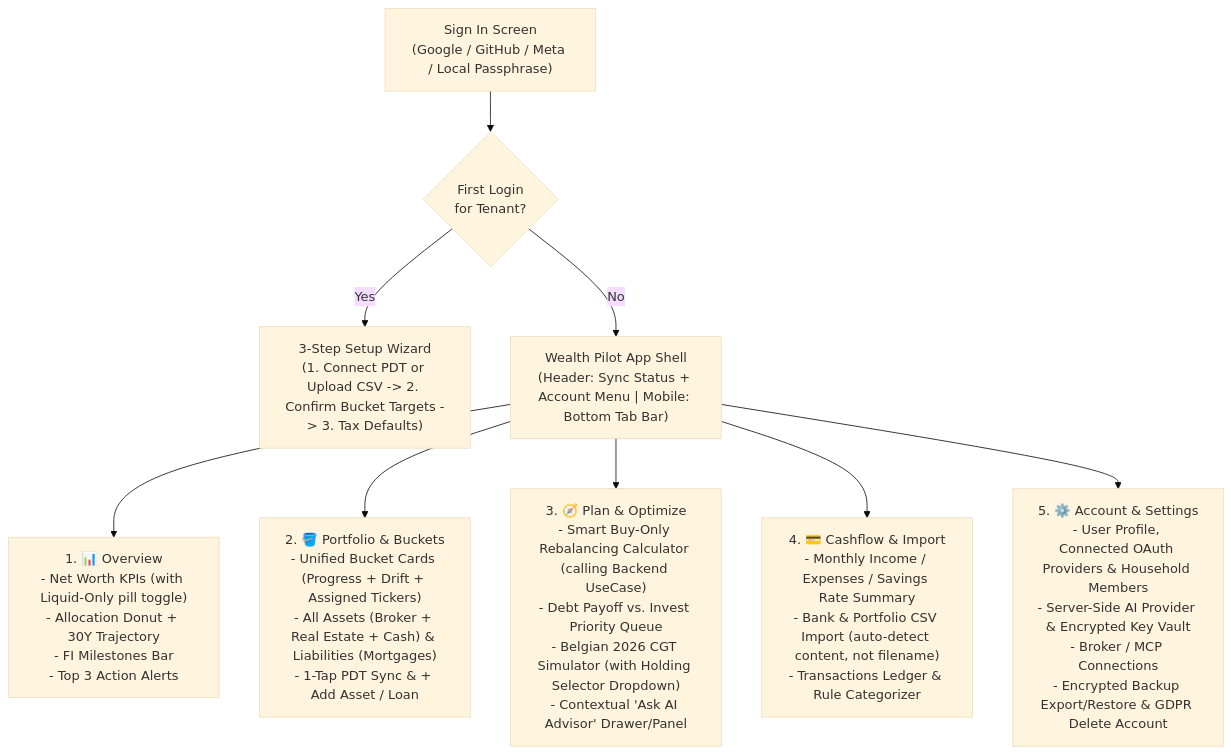
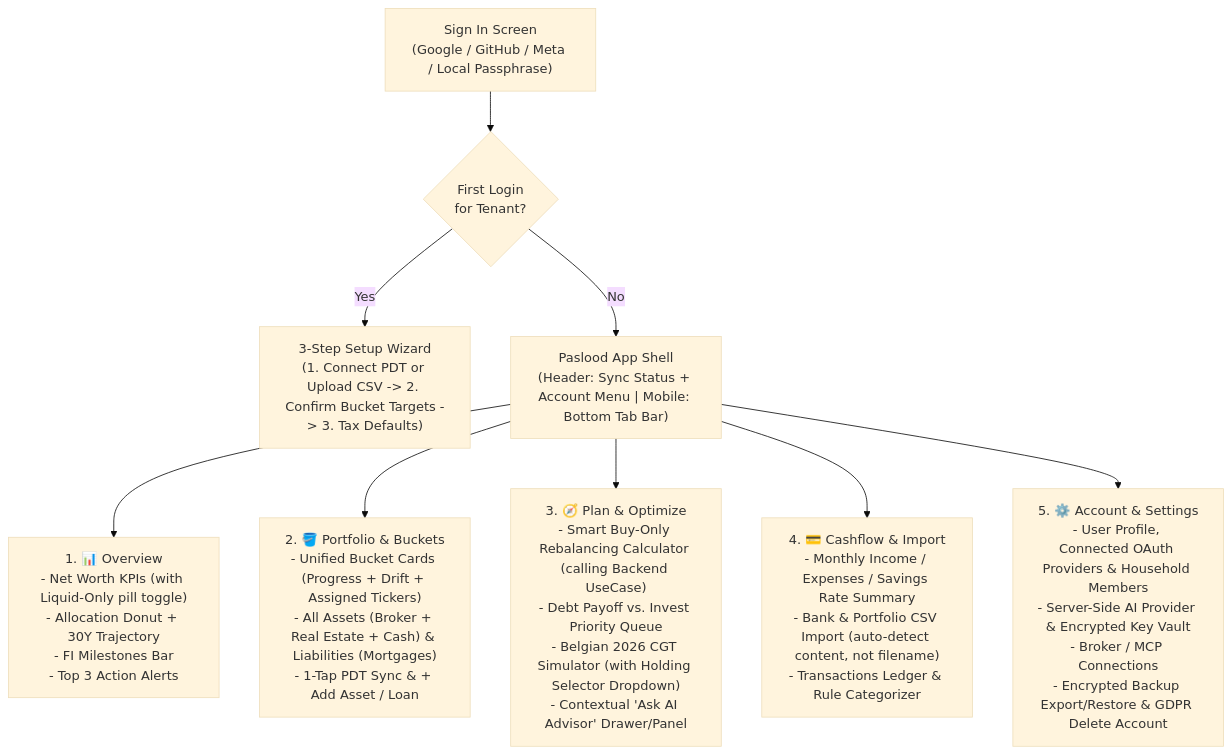
The diagram in docs/reviews/UX-REVIEW.md (tiwu/paslood), drawn with Mermaid (base theme) before and after one commit. The commit also changed other lines of this file and 69 other files, not shown here.

First line of the commit message:
chore(rebrand): Complete cleanup of all Wealth Pilot references across docs, configs, scripts & tests (#24)

````diff
--- a/docs/reviews/UX-REVIEW.md
+++ b/docs/reviews/UX-REVIEW.md
@@ -92,12 +92,12 @@
 ```mermaid
 flowchart TD
     AUTH["Sign In Screen\n(Google / GitHub / Meta / Local Passphrase)"] --> ONBOARD{"First Login\nfor Tenant?"}
     ONBOARD -->|Yes| WIZ["3-Step Setup Wizard\n(1. Connect PDT or Upload CSV -> 2. Confirm Bucket Targets -> 3. Tax Defaults)"]
-    ONBOARD -->|No| APP["Wealth Pilot App Shell\n(Header: Sync Status + Account Menu | Mobile: Bottom Tab Bar)"]
+    ONBOARD -->|No| APP["Paslood App Shell\n(Header: Sync Status + Account Menu | Mobile: Bottom Tab Bar)"]
 
     APP --> T1["1. 📊 Overview\n- Net Worth KPIs (with Liquid-Only pill toggle)\n- Allocation Donut + 30Y Trajectory\n- FI Milestones Bar\n- Top 3 Action Alerts"]
     APP --> T2["2. 🪣 Portfolio & Buckets\n- Unified Bucket Cards (Progress + Drift + Assigned Tickers)\n- All Assets (Broker + Real Estate + Cash) & Liabilities (Mortgages)\n- 1-Tap PDT Sync & + Add Asset / Loan"]
     APP --> T3["3. 🧭 Plan & Optimize\n- Smart Buy-Only Rebalancing Calculator (calling Backend UseCase)\n- Debt Payoff vs. Invest Priority Queue\n- Belgian 2026 CGT Simulator (with Holding Selector Dropdown)\n- Contextual 'Ask AI Advisor' Drawer/Panel"]
     APP --> T4["4. 💳 Cashflow & Import\n- Monthly Income / Expenses / Savings Rate Summary\n- Bank & Portfolio CSV Import (auto-detect content, not filename)\n- Transactions Ledger & Rule Categorizer"]
     APP --> T5["5. ⚙️ Account & Settings\n- User Profile, Connected OAuth Providers & Household Members\n- Server-Side AI Provider & Encrypted Key Vault\n- Broker / MCP Connections\n- Encrypted Backup Export/Restore & GDPR Delete Account"]
 ```
````
